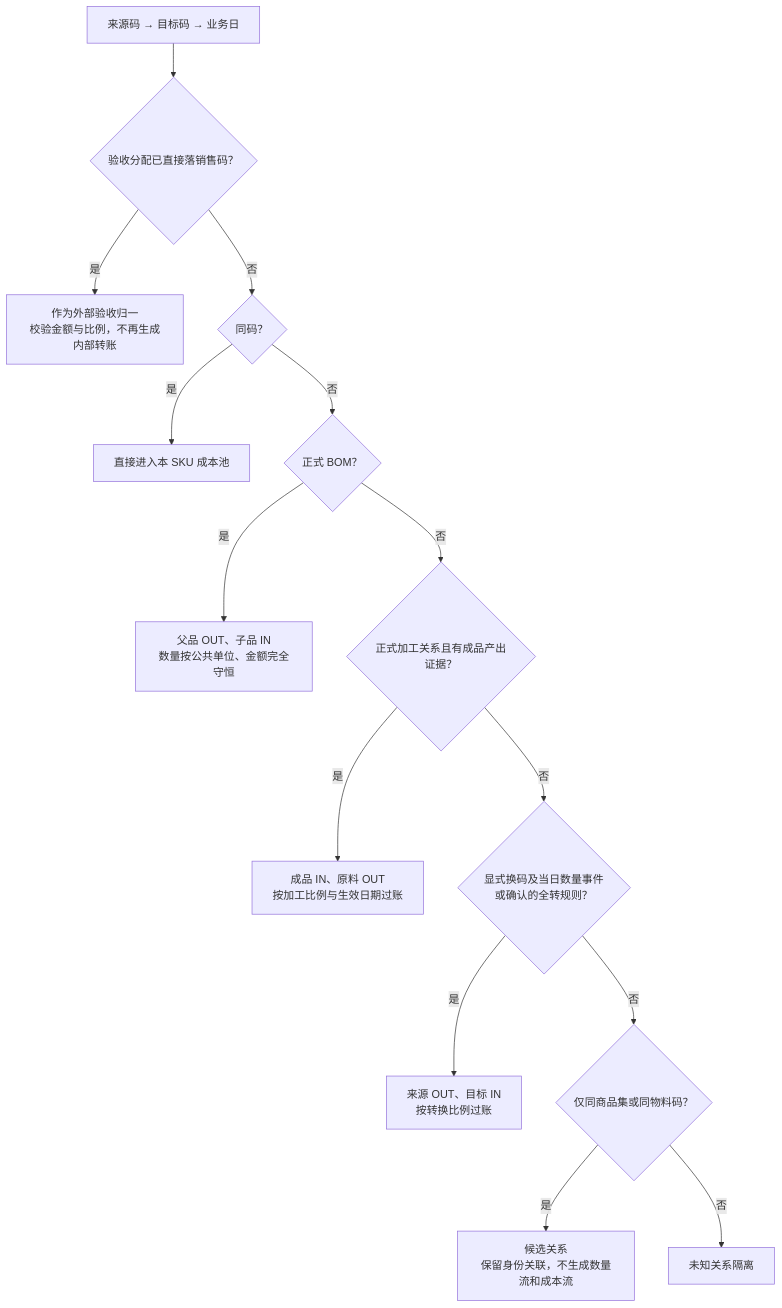
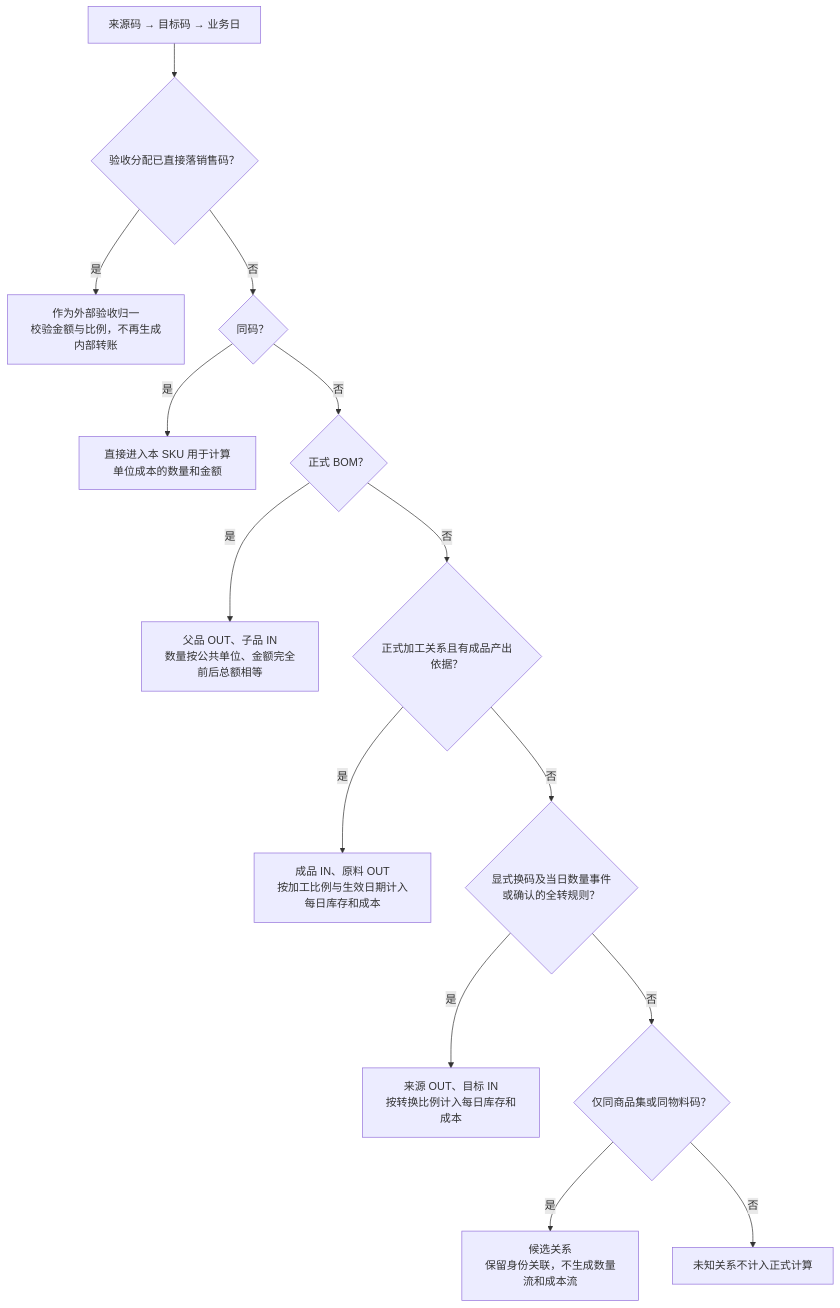
The third of 3 diagrams in fmetl/docs/designs/DESIGN-006-v0.15-evidence-led-iteration-method.md (kate636/cuihua-data), drawn with Mermaid before and after one commit. The commit also changed other lines of this file and 42 other files, not shown here.

````diff
--- a/fmetl/docs/designs/DESIGN-006-v0.15-evidence-led-iteration-method.md
+++ b/fmetl/docs/designs/DESIGN-006-v0.15-evidence-led-iteration-method.md
@@ -110,16 +110,16 @@
 ```mermaid
 flowchart TD
     A["来源码 → 目标码 → 业务日"] --> B{"验收分配已直接落销售码？"}
     B -->|是| B1["作为外部验收归一<br/>校验金额与比例，不再生成内部转账"]
     B -->|否| C{"同码？"}
-    C -->|是| C1["直接进入本 SKU 成本池"]
+    C -->|是| C1["直接进入本 SKU 用于计算单位成本的数量和金额"]
     C -->|否| D{"正式 BOM？"}
-    D -->|是| D1["父品 OUT、子品 IN<br/>数量按公共单位、金额完全守恒"]
-    D -->|否| E{"正式加工关系且有成品产出证据？"}
-    E -->|是| E1["成品 IN、原料 OUT<br/>按加工比例与生效日期过账"]
+    D -->|是| D1["父品 OUT、子品 IN<br/>数量按公共单位、金额完全前后总额相等"]
+    D -->|否| E{"正式加工关系且有成品产出依据？"}
+    E -->|是| E1["成品 IN、原料 OUT<br/>按加工比例与生效日期计入每日库存和成本"]
     E -->|否| F{"显式换码及当日数量事件<br/>或确认的全转规则？"}
-    F -->|是| F1["来源 OUT、目标 IN<br/>按转换比例过账"]
+    F -->|是| F1["来源 OUT、目标 IN<br/>按转换比例计入每日库存和成本"]
     F -->|否| G{"仅同商品集或同物料码？"}
     G -->|是| G1["候选关系<br/>保留身份关联，不生成数量流和成本流"]
-    G -->|否| H["未知关系隔离"]
+    G -->|否| H["未知关系不计入正式计算"]
 ```
````
